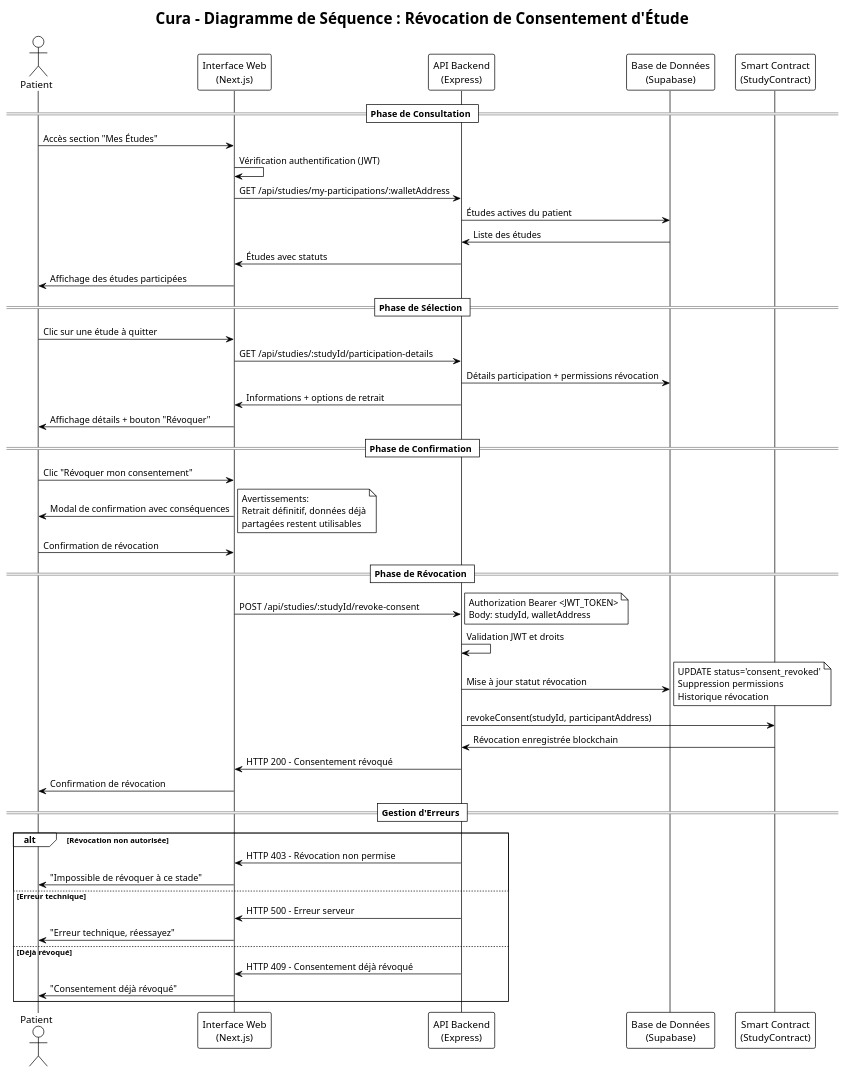
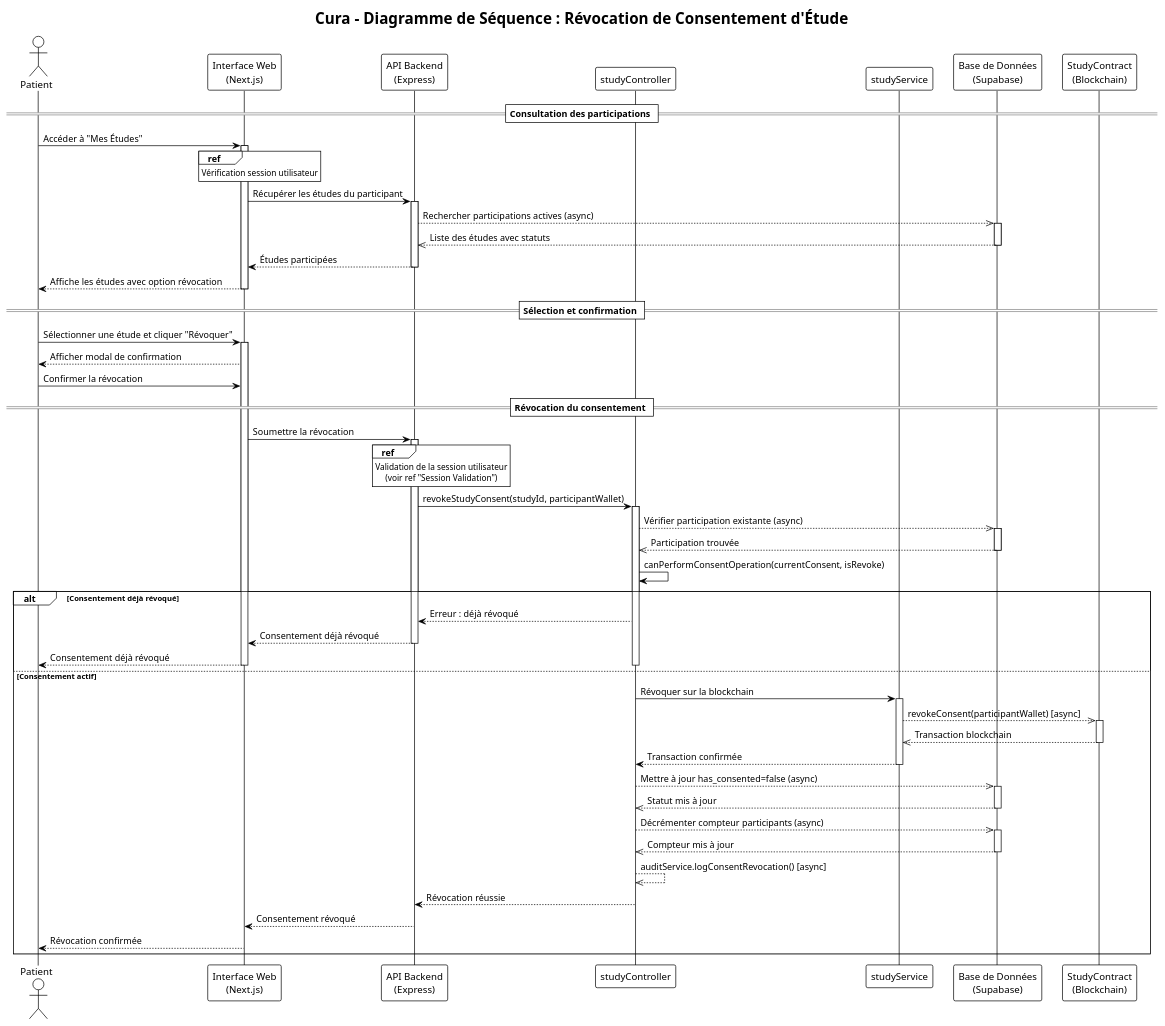
One commit to monark-community/zk-medical-data-exchange changed the diagram in docs/sequence-diagrams/consent-revocation-sequence.puml. Above: the diagram before and after it, drawn with PlantUML. The commit also changed 11 other files, not shown here.

Commit message:
feat: Update sequence diagrams

```diff
--- a/docs/sequence-diagrams/consent-revocation-sequence.puml
+++ b/docs/sequence-diagrams/consent-revocation-sequence.puml
@@ -1,73 +1,91 @@
 @startuml Consent_Revocation_Sequence
 !theme plain
 
 title Cura - Diagramme de Séquence : Révocation de Consentement d'Étude
 
 actor "Patient" as Patient
 participant "Interface Web\n(Next.js)" as Frontend
 participant "API Backend\n(Express)" as Backend
+participant "studyController" as Controller
+participant "studyService" as Service
 participant "Base de Données\n(Supabase)" as Database
-participant "Smart Contract\n(StudyContract)" as StudyContract
+participant "StudyContract\n(Blockchain)" as StudyContract
 
-== Phase de Consultation ==
-Patient -> Frontend : Accès section "Mes Études"
-Frontend -> Frontend : Vérification authentification (JWT)
-Frontend -> Backend : GET /api/studies/my-participations/:walletAddress
-Backend -> Database : Études actives du patient
-Database -> Backend : Liste des études
-Backend -> Frontend : Études avec statuts
-Frontend -> Patient : Affichage des études participées
+== Consultation des participations ==
+Patient -> Frontend : Accéder à "Mes Études"
+activate Frontend
+ref over Frontend : Vérification session utilisateur
+Frontend -> Backend : Récupérer les études du participant
+activate Backend
+Backend -->> Database : Rechercher participations actives (async)
+activate Database
+Database -->> Backend : Liste des études avec statuts
+deactivate Database
+Backend --> Frontend : Études participées
+deactivate Backend
+Frontend --> Patient : Affiche les études avec option révocation
+deactivate Frontend
 
-== Phase de Sélection ==
-Patient -> Frontend : Clic sur une étude à quitter
-Frontend -> Backend : GET /api/studies/:studyId/participation-details
-Backend -> Database : Détails participation + permissions révocation
-Backend -> Frontend : Informations + options de retrait
-Frontend -> Patient : Affichage détails + bouton "Révoquer"
+== Sélection et confirmation ==
+Patient -> Frontend : Sélectionner une étude et cliquer "Révoquer"
+activate Frontend
+Frontend --> Patient : Afficher modal de confirmation
+Patient -> Frontend : Confirmer la révocation
 
-== Phase de Confirmation ==
-Patient -> Frontend : Clic "Révoquer mon consentement"
-Frontend -> Patient : Modal de confirmation avec conséquences
-note right
-Avertissements:
-Retrait définitif, données déjà
-partagées restent utilisables
-end note
+== Révocation du consentement ==
+Frontend -> Backend : Soumettre la révocation
+activate Backend
 
-Patient -> Frontend : Confirmation de révocation
+ref over Backend
+    Validation de la session utilisateur
+    (voir ref "Session Validation")
+end ref
 
-== Phase de Révocation ==
-Frontend -> Backend : POST /api/studies/:studyId/revoke-consent
-note right
-Authorization Bearer <JWT_TOKEN>
-Body: studyId, walletAddress
-end note
+Backend -> Controller : revokeStudyConsent(studyId, participantWallet)
+activate Controller
 
-Backend -> Backend : Validation JWT et droits
+Controller -->> Database : Vérifier participation existante (async)
+activate Database
+Database -->> Controller : Participation trouvée
+deactivate Database
 
-Backend -> Database : Mise à jour statut révocation
-note right
-UPDATE status='consent_revoked'
-Suppression permissions
-Historique révocation
-end note
+Controller -> Controller : canPerformConsentOperation(currentConsent, isRevoke)
 
-Backend -> StudyContract : revokeConsent(studyId, participantAddress)
-StudyContract -> Backend : Révocation enregistrée blockchain
-
-Backend -> Frontend : HTTP 200 - Consentement révoqué
-Frontend -> Patient : Confirmation de révocation
-
-== Gestion d'Erreurs ==
-alt Révocation non autorisée
-    Backend -> Frontend : HTTP 403 - Révocation non permise
-    Frontend -> Patient : "Impossible de révoquer à ce stade"
-else Erreur technique
-    Backend -> Frontend : HTTP 500 - Erreur serveur
-    Frontend -> Patient : "Erreur technique, réessayez"
-else Déjà révoqué
-    Backend -> Frontend : HTTP 409 - Consentement déjà révoqué
-    Frontend -> Patient : "Consentement déjà révoqué"
+alt Consentement déjà révoqué
+    Controller --> Backend : Erreur : déjà révoqué
+    Backend --> Frontend : Consentement déjà révoqué
+    deactivate Backend
+    Frontend --> Patient : Consentement déjà révoqué
+    deactivate Controller
+    deactivate Frontend
+else Consentement actif
+    Controller -> Service : Révoquer sur la blockchain
+    activate Service
+    Service -->> StudyContract : revokeConsent(participantWallet) [async]
+    activate StudyContract
+    StudyContract -->> Service : Transaction blockchain
+    deactivate StudyContract
+    Service --> Controller : Transaction confirmée
+    deactivate Service
+    
+    Controller -->> Database : Mettre à jour has_consented=false (async)
+    activate Database
+    Database -->> Controller : Statut mis à jour
+    deactivate Database
+    
+    Controller -->> Database : Décrémenter compteur participants (async)
+    activate Database
+    Database -->> Controller : Compteur mis à jour
+    deactivate Database
+    
+    Controller -->> Controller : auditService.logConsentRevocation() [async]
+    
+    Controller --> Backend : Révocation réussie
+    deactivate Controller
+    Backend --> Frontend : Consentement révoqué
+    deactivate Backend
+    Frontend --> Patient : Révocation confirmée
+    deactivate Frontend
 end
 
 @enduml
```
